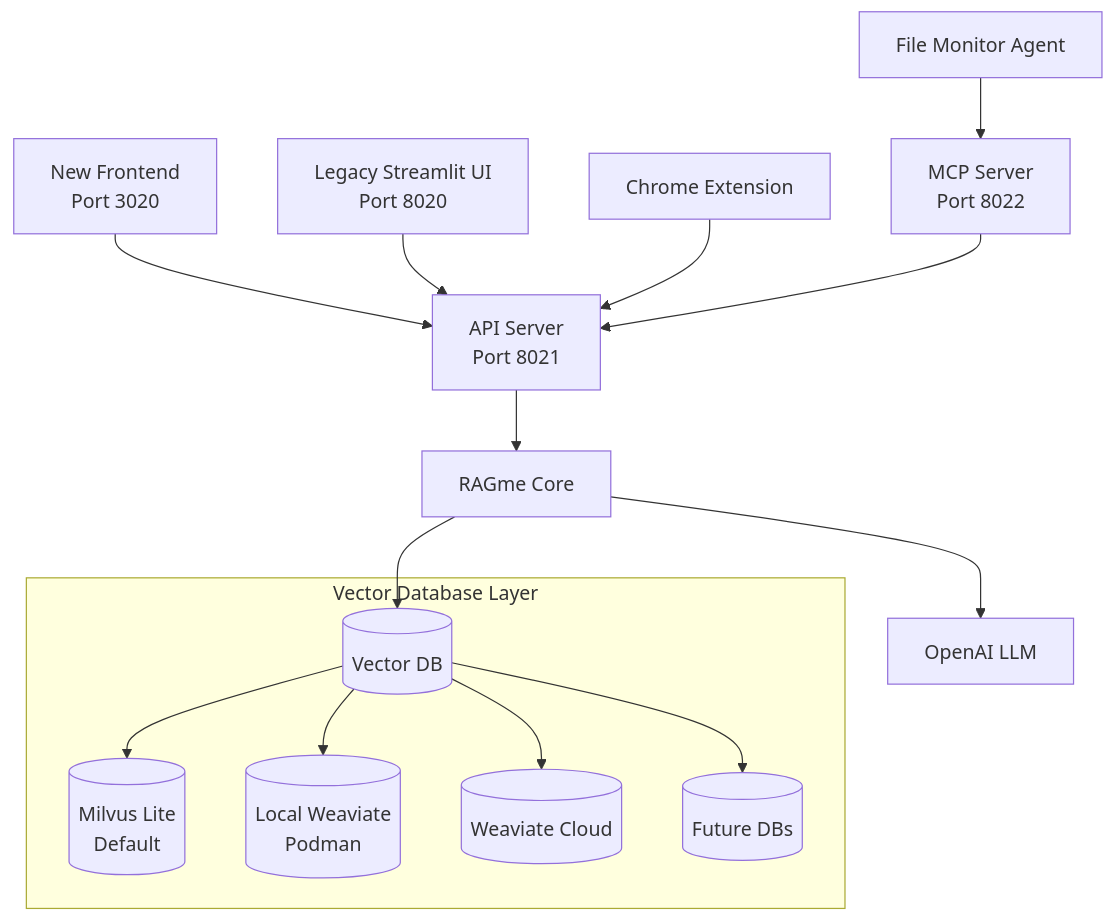
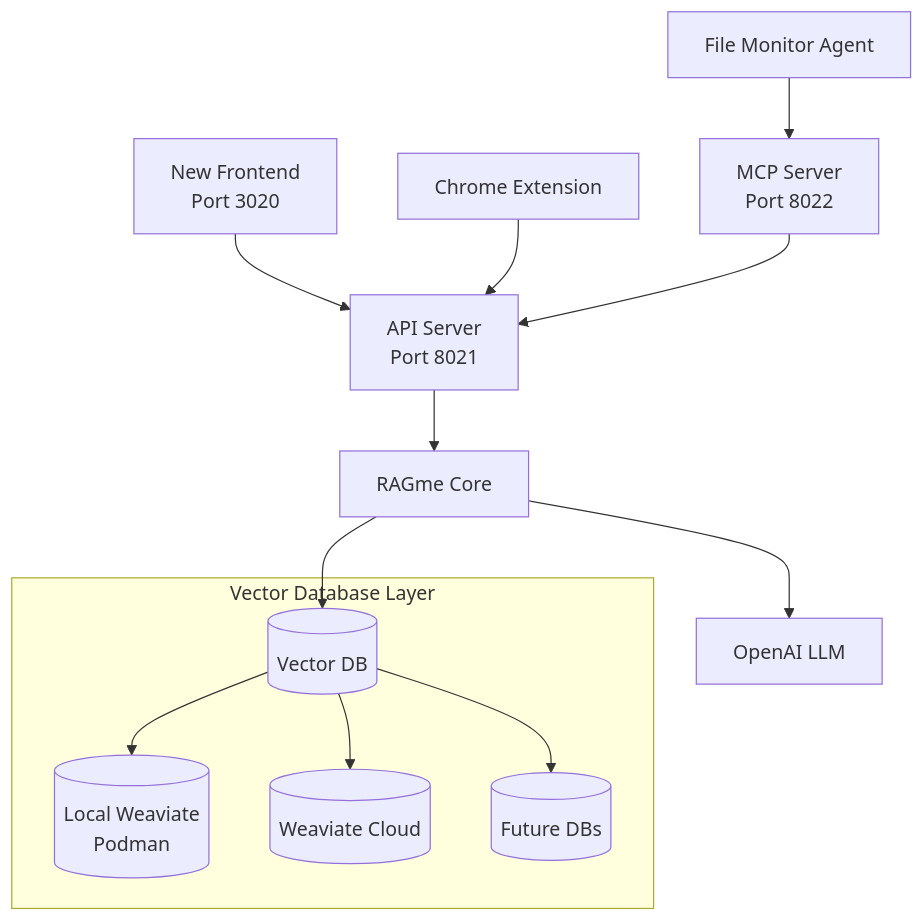
Before and after one commit to maximilien/ragme-io: the second of 3 diagrams in README.md, drawn with Mermaid. The commit also changed other lines of this file and 29 other files, not shown here.

````diff
--- a/README.md
+++ b/README.md
@@ -388,18 +405,16 @@
 ```mermaid
 flowchart TB
     new-ui[New Frontend<br/>Port 3020] --> api[API Server<br/>Port 8021]
-    legacy-ui[Legacy Streamlit UI<br/>Port 8020] --> api
     chrome[Chrome Extension] --> api
     agent[File Monitor Agent] --> mcp[MCP Server<br/>Port 8022]
     mcp --> api
     api --> ragme[RAGme Core]
     ragme --> vector-db[(Vector DB)]
     ragme --> openai[OpenAI LLM]
     
     subgraph "Vector Database Layer"
-        vector-db --> milvus[(Milvus Lite<br/>Default)]
         vector-db --> weaviate-local[(Local Weaviate<br/>Podman)]
         vector-db --> weaviate-cloud[(Weaviate Cloud)]
         vector-db --> future[(Future DBs)]
     end
 ```
````
